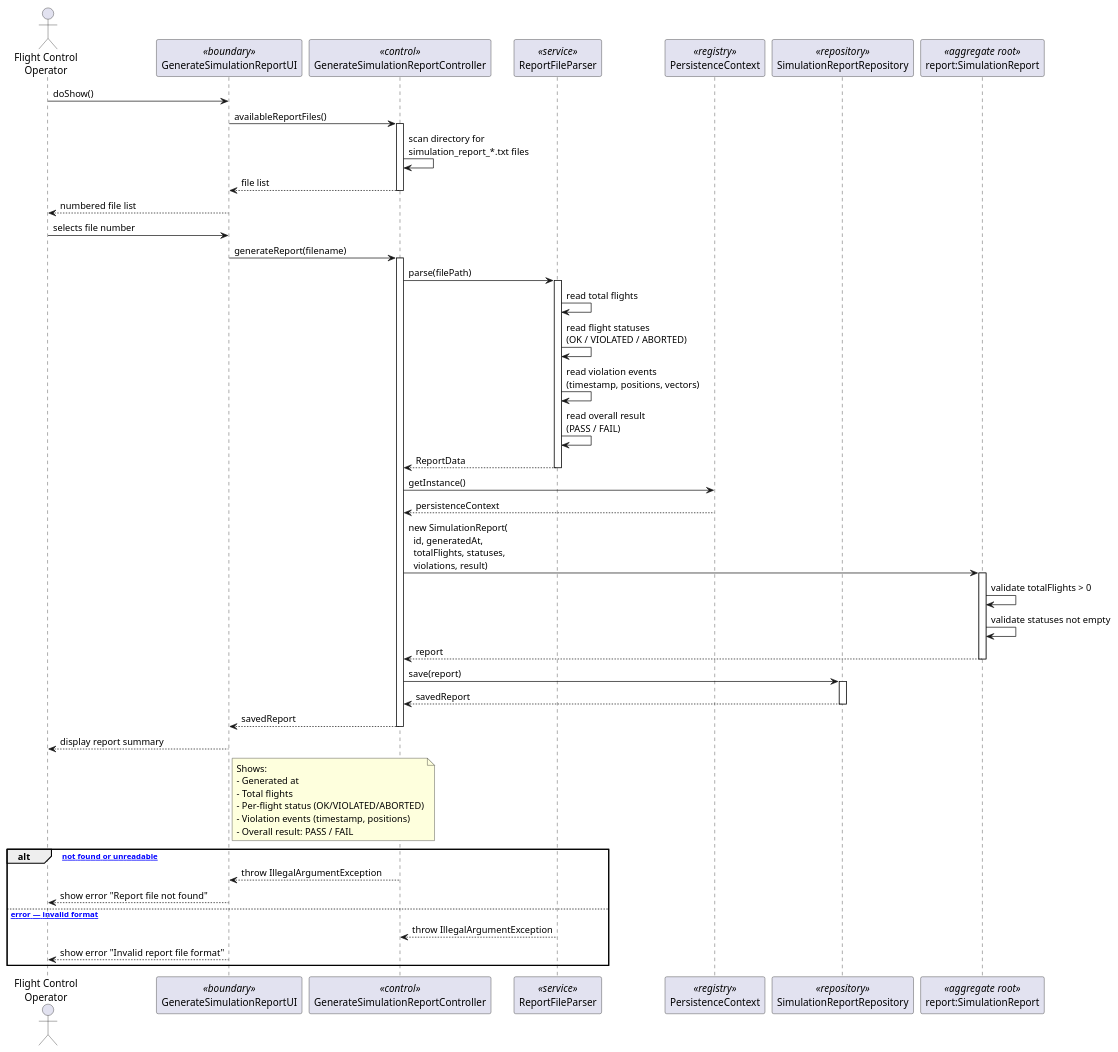
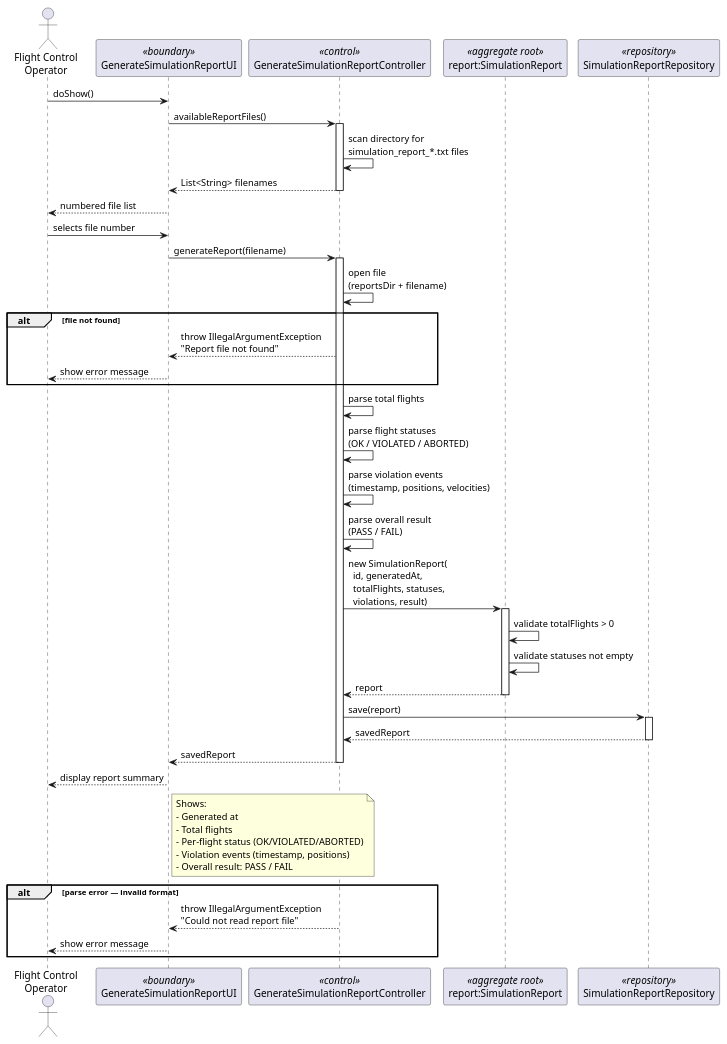
One commit to DuartePinto1240/sem4pi2526-sem4pi2526_2da2 changed the diagram in docs/Sprint 3/EAPLI/US111/puml/US111-sequence-diagram.puml. Above: the diagram before and after it, drawn with PlantUML. The commit also changed 4 other files, not shown here.

```diff
--- a/docs/Sprint 3/EAPLI/US111/puml/US111-sequence-diagram.puml
+++ b/docs/Sprint 3/EAPLI/US111/puml/US111-sequence-diagram.puml
@@ -1,70 +1,66 @@
 @startuml US111-sequence-diagram
 actor "Flight Control\nOperator" as OP
 participant GenerateSimulationReportUI as UI <<boundary>>
 participant GenerateSimulationReportController as CTRL <<control>>
-participant ReportFileParser as PARSER <<service>>
-participant PersistenceContext as PC <<registry>>
+participant "report:SimulationReport" as SR <<aggregate root>>
 participant SimulationReportRepository as REPO <<repository>>
-participant "report:SimulationReport" as SR <<aggregate root>>
 
 OP -> UI : doShow()
 
 UI -> CTRL : availableReportFiles()
 activate CTRL
 CTRL -> CTRL : scan directory for\nsimulation_report_*.txt files
-CTRL --> UI : file list
+CTRL --> UI : List<String> filenames
 deactivate CTRL
 
 UI --> OP : numbered file list
 
 OP -> UI : selects file number
 
 UI -> CTRL : generateReport(filename)
 activate CTRL
 
-CTRL -> PARSER : parse(filePath)
-activate PARSER
-PARSER -> PARSER : read total flights
-PARSER -> PARSER : read flight statuses\n(OK / VIOLATED / ABORTED)
-PARSER -> PARSER : read violation events\n(timestamp, positions, vectors)
-PARSER -> PARSER : read overall result\n(PASS / FAIL)
-PARSER --> CTRL : ReportData
-deactivate PARSER
+CTRL -> CTRL : open file\n(reportsDir + filename)
 
-CTRL -> PC : getInstance()
-PC --> CTRL : persistenceContext
+alt file not found
+    CTRL --> UI : throw IllegalArgumentException\n"Report file not found"
+    UI --> OP : show error message
+end
+
+CTRL -> CTRL : parse total flights
+CTRL -> CTRL : parse flight statuses\n(OK / VIOLATED / ABORTED)
+CTRL -> CTRL : parse violation events\n(timestamp, positions, velocities)
+CTRL -> CTRL : parse overall result\n(PASS / FAIL)
 
 CTRL -> SR : new SimulationReport(\n  id, generatedAt,\n  totalFlights, statuses,\n  violations, result)
 activate SR
 SR -> SR : validate totalFlights > 0
 SR -> SR : validate statuses not empty
 SR --> CTRL : report
 deactivate SR
 
 CTRL -> REPO : save(report)
 activate REPO
 REPO --> CTRL : savedReport
 deactivate REPO
 
 CTRL --> UI : savedReport
 deactivate CTRL
 
 UI --> OP : display report summary
 
 note right of UI
   Shows:
   - Generated at
   - Total flights
   - Per-flight status (OK/VIOLATED/ABORTED)
   - Violation events (timestamp, positions)
   - Overall result: PASS / FAIL
 end note
 
-alt [file not found or unreadable]
-    CTRL --> UI : throw IllegalArgumentException
-    UI --> OP : show error "Report file not found"
-else [parse error — invalid format]
-    PARSER --> CTRL : throw IllegalArgumentException
-    UI --> OP : show error "Invalid report file format"
+alt parse error — invalid format
+    CTRL --> UI : throw IllegalArgumentException\n"Could not read report file"
+    UI --> OP : show error message
 end
+
 @enduml
```
